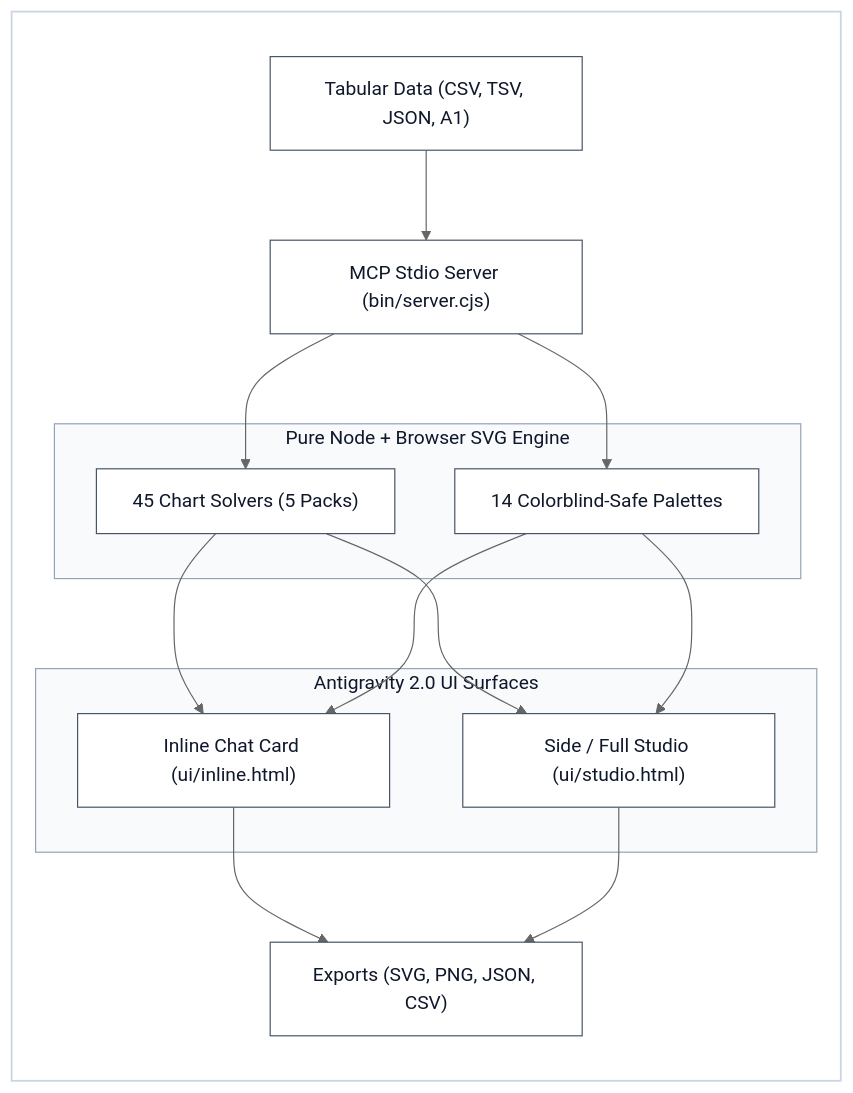
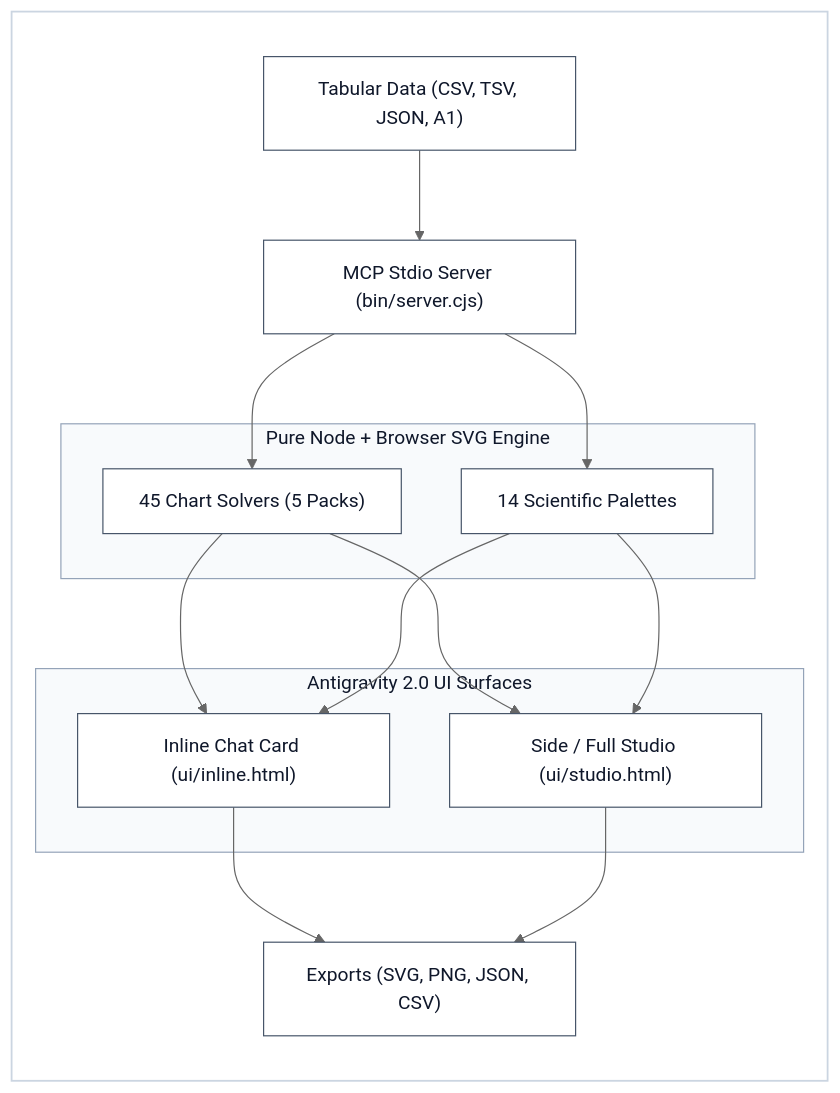
One commit to iscvlab/iscv-chart-studio changed the first of 2 diagrams in README.md. Above: the diagram before and after it, drawn with Mermaid. The commit also changed other lines of this file and 1 other file, not shown here.

````diff
--- a/README.md
+++ b/README.md
@@ -64,30 +64,30 @@
 ```mermaid
 %%{init: {'theme': 'neutral'}}%%
 flowchart LR
     subgraph Canvas [" "]
         In["Tabular Data (CSV, TSV, JSON, A1)"] --> Server["MCP Stdio Server (bin/server.cjs)"]
 
         subgraph Core ["Pure Node + Browser SVG Engine"]
             Solvers["45 Chart Solvers (5 Packs)"]
-            Palettes["14 Colorblind-Safe Palettes"]
+            Palettes["14 Scientific Palettes"]
         end
 
         subgraph Surfaces ["Antigravity 2.0 UI Surfaces"]
             Inline["Inline Chat Card (ui/inline.html)"]
             Studio["Side / Full Studio (ui/studio.html)"]
         end
 
         Server --> Solvers
         Server --> Palettes
         Solvers --> Inline
         Solvers --> Studio
         Palettes --> Inline
         Palettes --> Studio
         Inline --> Out["Exports (SVG, PNG, JSON, CSV)"]
         Studio --> Out
     end
     classDef default fill:#ffffff,stroke:#475569,color:#0f172a,stroke-width:1px
     style Canvas fill:#ffffff,stroke:#cbd5e1,stroke-width:1.5px,color:#0f172a
     style Core fill:#f8fafc,stroke:#94a3b8,color:#0f172a
     style Surfaces fill:#f8fafc,stroke:#94a3b8,color:#0f172a
 ```
````
